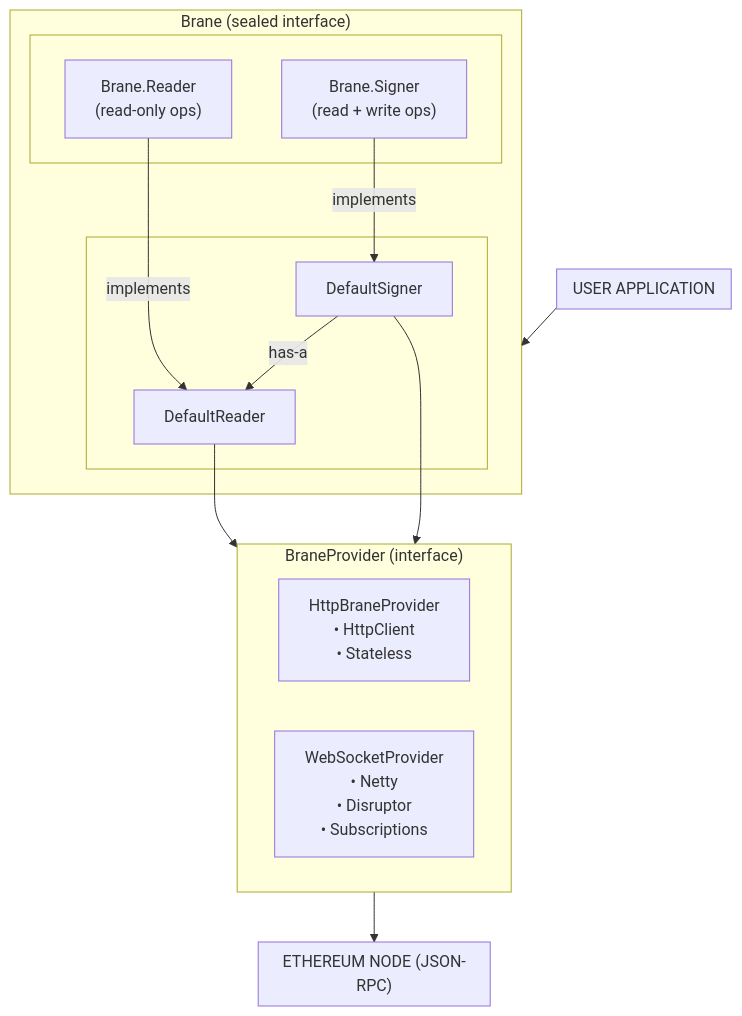
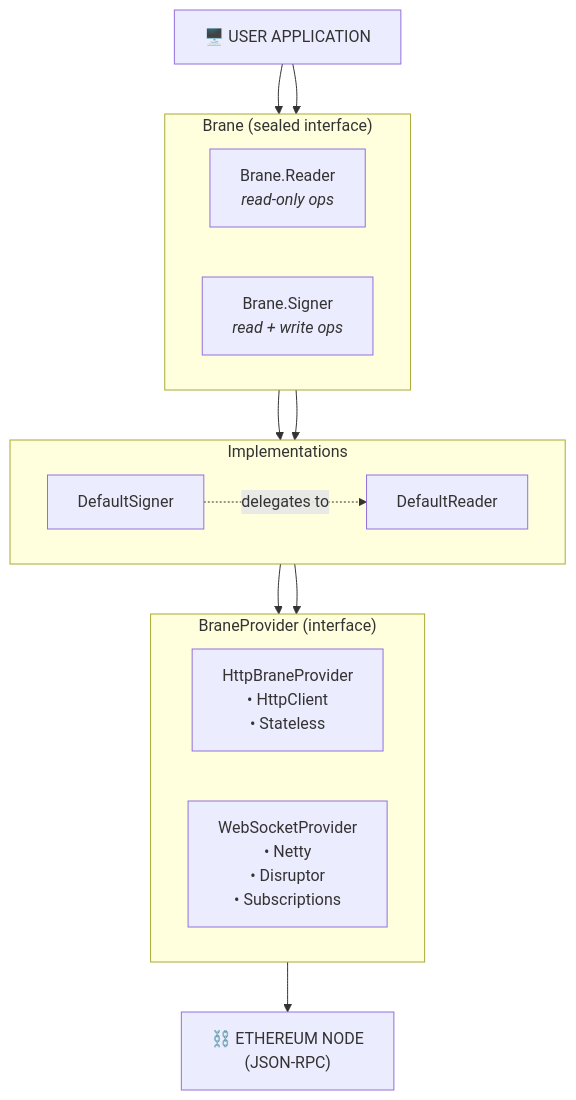
The diagram in docs/architecture.mdx (noise-xyz/brane), drawn with Mermaid before and after one commit.

Commit message:
docs: fix Mermaid diagram layout for clean top-down flow
- Position USER APPLICATION at top as proper node
- Use direction LR for side-by-side layout within layers
- Cleaner hierarchical structure
- Dotted line for delegation relationship

````diff
--- a/docs/architecture.mdx
+++ b/docs/architecture.mdx
@@ -10,32 +10,35 @@
 ```mermaid
-flowchart TB
-    subgraph APP["USER APPLICATION"]
+flowchart TD
+    APP["🖥️ USER APPLICATION"]
+    
+    APP --> READER
+    APP --> SIGNER
+
+    subgraph BRANE["Brane (sealed interface)"]
+        direction LR
+        READER["Brane.Reader<br/><i>read-only ops</i>"]
+        SIGNER["Brane.Signer<br/><i>read + write ops</i>"]
     end
 
-    subgraph BRANE["Brane (sealed interface)"]
-        subgraph INTERFACES[" "]
-            READER["Brane.Reader<br/>(read-only ops)"]
-            SIGNER["Brane.Signer<br/>(read + write ops)"]
-        end
-        subgraph IMPLS[" "]
-            DEFAULT_READER["DefaultReader"]
-            DEFAULT_SIGNER["DefaultSigner"]
-        end
-        READER -->|implements| DEFAULT_READER
-        SIGNER -->|implements| DEFAULT_SIGNER
-        DEFAULT_SIGNER -->|has-a| DEFAULT_READER
+    READER --> DEFAULT_READER
+    SIGNER --> DEFAULT_SIGNER
+
+    subgraph IMPLS["Implementations"]
+        direction LR
+        DEFAULT_READER["DefaultReader"]
+        DEFAULT_SIGNER["DefaultSigner"]
     end
 
+    DEFAULT_SIGNER -.->|delegates to| DEFAULT_READER
+    
+    DEFAULT_READER --> PROVIDER
+    DEFAULT_SIGNER --> PROVIDER
+
     subgraph PROVIDER["BraneProvider (interface)"]
+        direction LR
         HTTP["HttpBraneProvider<br/>• HttpClient<br/>• Stateless"]
         WS["WebSocketProvider<br/>• Netty<br/>• Disruptor<br/>• Subscriptions"]
     end
 
-    subgraph NODE["ETHEREUM NODE (JSON-RPC)"]
-    end
-
-    APP --> BRANE
-    DEFAULT_READER --> PROVIDER
-    DEFAULT_SIGNER --> PROVIDER
-    PROVIDER --> NODE
+    PROVIDER --> NODE["⛓️ ETHEREUM NODE<br/>(JSON-RPC)"]
 ```
````
